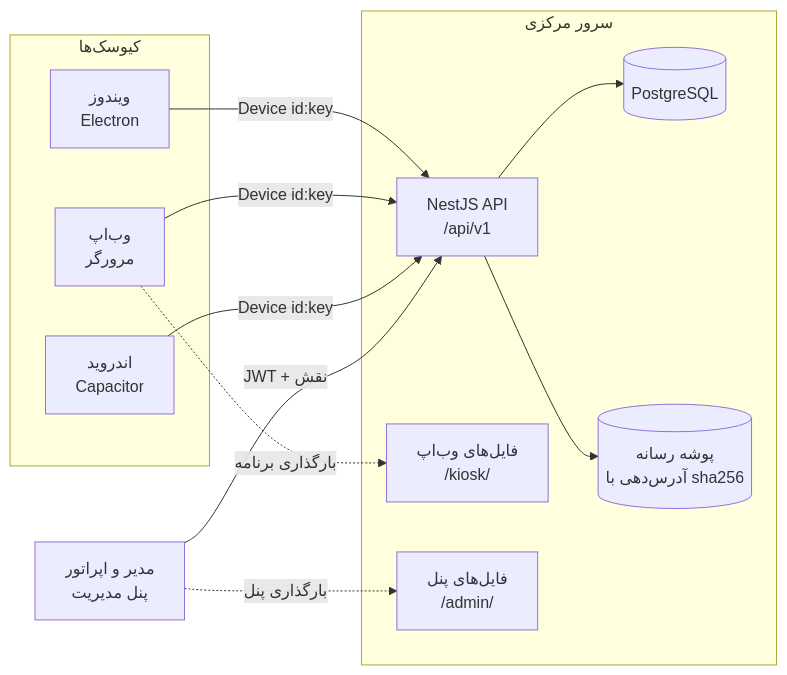
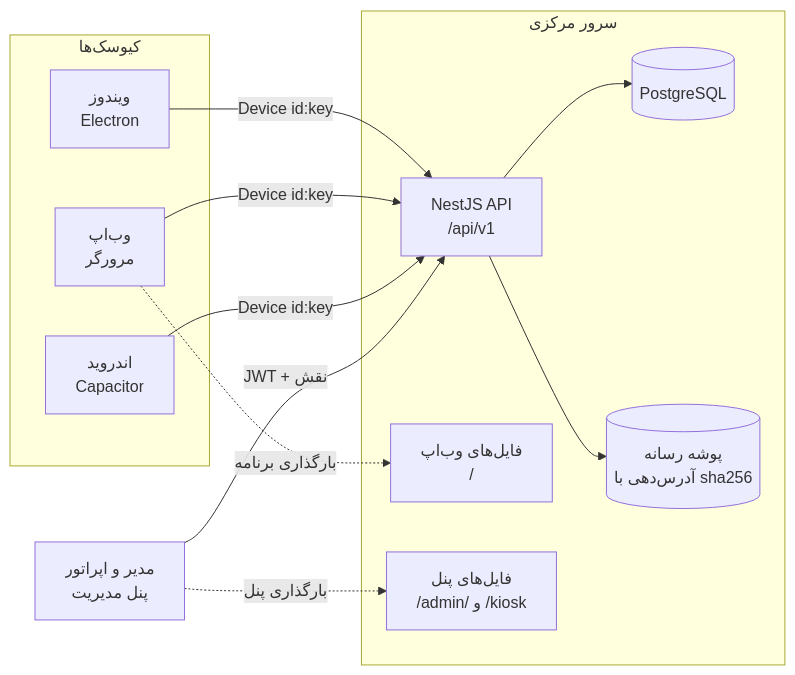
Before and after one commit to daneshavaran123-lab/andishkadeh: the first of 10 diagrams in README.md, drawn with Mermaid. The commit also changed other lines of this file and 45 other files, not shown here.

````diff
--- a/README.md
+++ b/README.md
@@ -51,24 +62,24 @@
 ```mermaid
 flowchart LR
   subgraph Devices["کیوسک‌ها"]
     W["ویندوز<br/>Electron"]
     B["وب‌اپ<br/>مرورگر"]
     A["اندروید<br/>Capacitor"]
   end
   subgraph Server["سرور مرکزی"]
     API["NestJS API<br/>/api/v1"]
     DB[("PostgreSQL")]
     MEDIA[("پوشه رسانه<br/>آدرس‌دهی با sha256")]
-    WEB["فایل‌های وب‌اپ<br/>/kiosk/"]
-    ADM["فایل‌های پنل<br/>/admin/"]
+    WEB["فایل‌های وب‌اپ<br/>/"]
+    ADM["فایل‌های پنل<br/>/admin/ و /kiosk"]
   end
   Admin["مدیر و اپراتور<br/>پنل مدیریت"]
   W -- "Device id:key" --> API
   B -- "Device id:key" --> API
   A -- "Device id:key" --> API
   B -. "بارگذاری برنامه" .-> WEB
   Admin -- "JWT + نقش" --> API
   Admin -. "بارگذاری پنل" .-> ADM
   API --> DB
   API --> MEDIA
 ```
````
